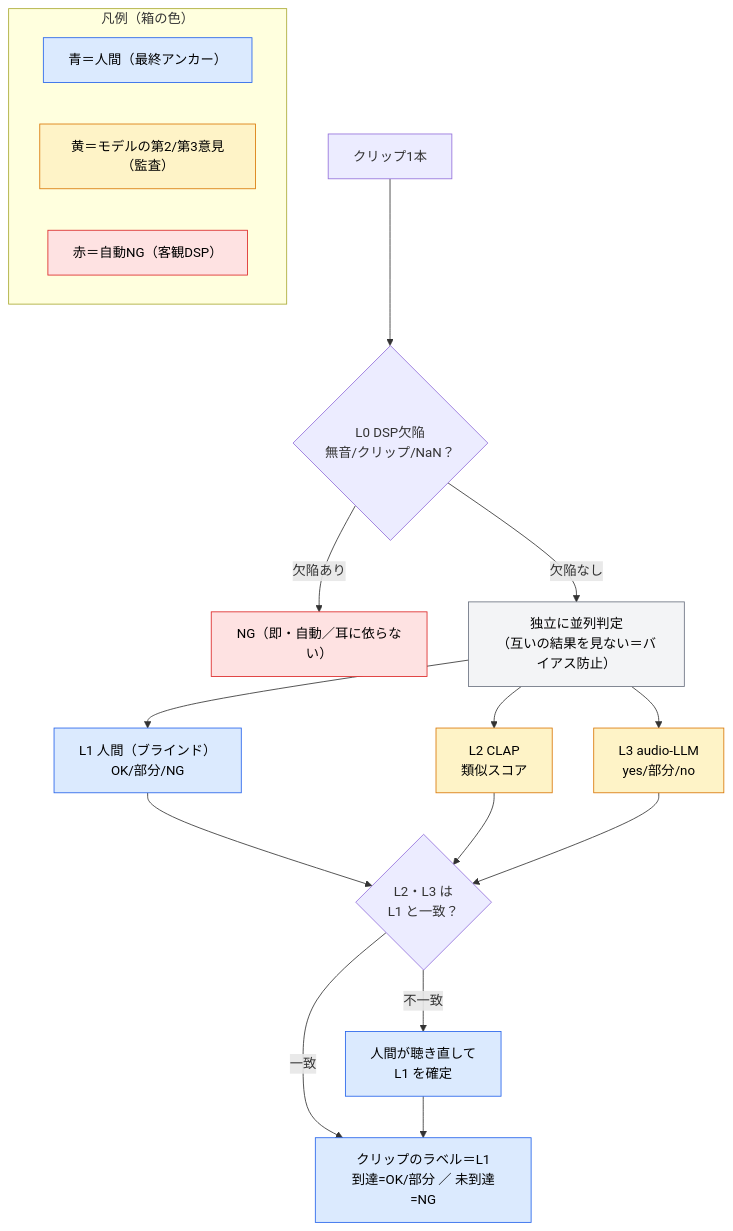
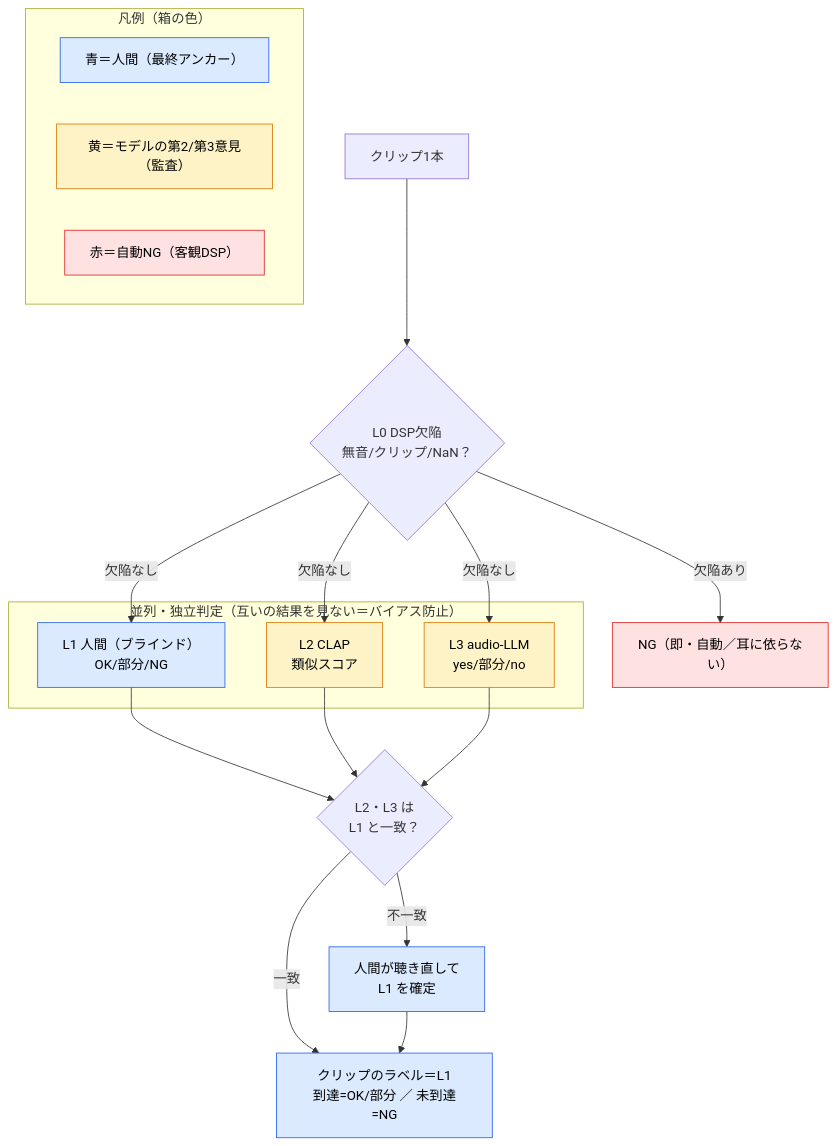
Before and after one commit to mgmaru/foley-forge-prototype: the fourth of 7 diagrams in docs/phases/phase0/README.md, drawn with Mermaid.

Commit message:
Phase 0 §5.4(2) 判定フロー図の不整合を修正
- 凡例に無い灰色の「並列判定」箱を削除（作図ミス。分岐点なのに判定者のように見えていた）
- L1/L2/L3 を「並列・独立判定」の枠(subgraph)で囲み、判定するのは3者であることを明確化
- L0「欠陥なし」から3者へ直接分岐／未使用の note クラス定義を削除

````diff
--- a/docs/phases/phase0/README.md
+++ b/docs/phases/phase0/README.md
@@ -245,27 +245,30 @@
 ```mermaid
 flowchart TD
     C["クリップ1本"] --> L0{"L0 DSP欠陥<br/>無音/クリップ/NaN？"}
     L0 -- "欠陥あり" --> NG["NG（即・自動／耳に依らない）"]:::ng
-    L0 -- "欠陥なし" --> P["独立に並列判定<br/>（互いの結果を見ない＝バイアス防止）"]:::note
-    P --> L1["L1 人間（ブラインド）<br/>OK/部分/NG"]:::anchor
-    P --> L2["L2 CLAP<br/>類似スコア"]:::sub
-    P --> L3["L3 audio-LLM<br/>yes/部分/no"]:::sub
+    subgraph PAR["並列・独立判定（互いの結果を見ない＝バイアス防止）"]
+        L1["L1 人間（ブラインド）<br/>OK/部分/NG"]:::anchor
+        L2["L2 CLAP<br/>類似スコア"]:::sub
+        L3["L3 audio-LLM<br/>yes/部分/no"]:::sub
+    end
+    L0 -- "欠陥なし" --> L1
+    L0 -- "欠陥なし" --> L2
+    L0 -- "欠陥なし" --> L3
     L1 --> R{"L2・L3 は<br/>L1 と一致？"}
     L2 --> R
     L3 --> R
     R -- "一致" --> LBL["クリップのラベル＝L1<br/>到達=OK/部分 ／ 未到達=NG"]:::anchor
     R -- "不一致" --> RE["人間が聴き直して<br/>L1 を確定"]:::anchor
     RE --> LBL
 
     subgraph Legend["凡例（箱の色）"]
         direction LR
         LA["青＝人間（最終アンカー）"]:::anchor
         LS["黄＝モデルの第2/第3意見（監査）"]:::sub
         LN["赤＝自動NG（客観DSP）"]:::ng
     end
 
     classDef ng fill:#fee2e2,stroke:#dc2626,color:#000
     classDef anchor fill:#dbeafe,stroke:#2563eb,color:#000
     classDef sub fill:#fef3c7,stroke:#d97706,color:#000
-    classDef note fill:#f3f4f6,stroke:#6b7280,color:#000
 ```
````
